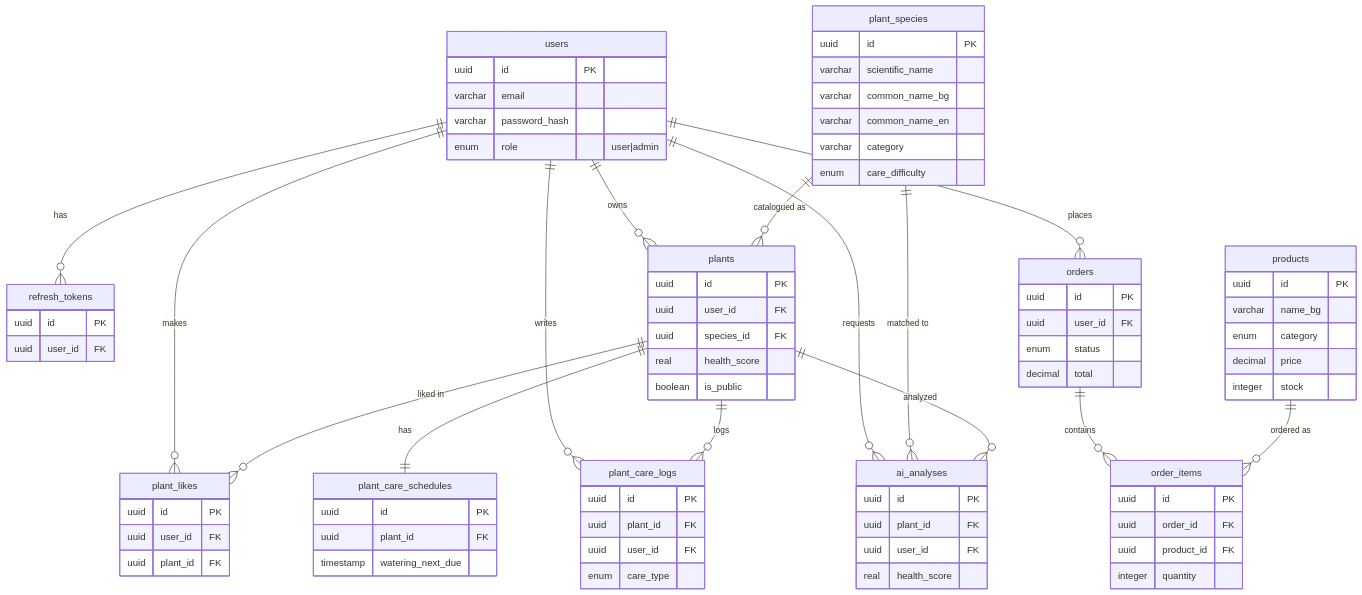
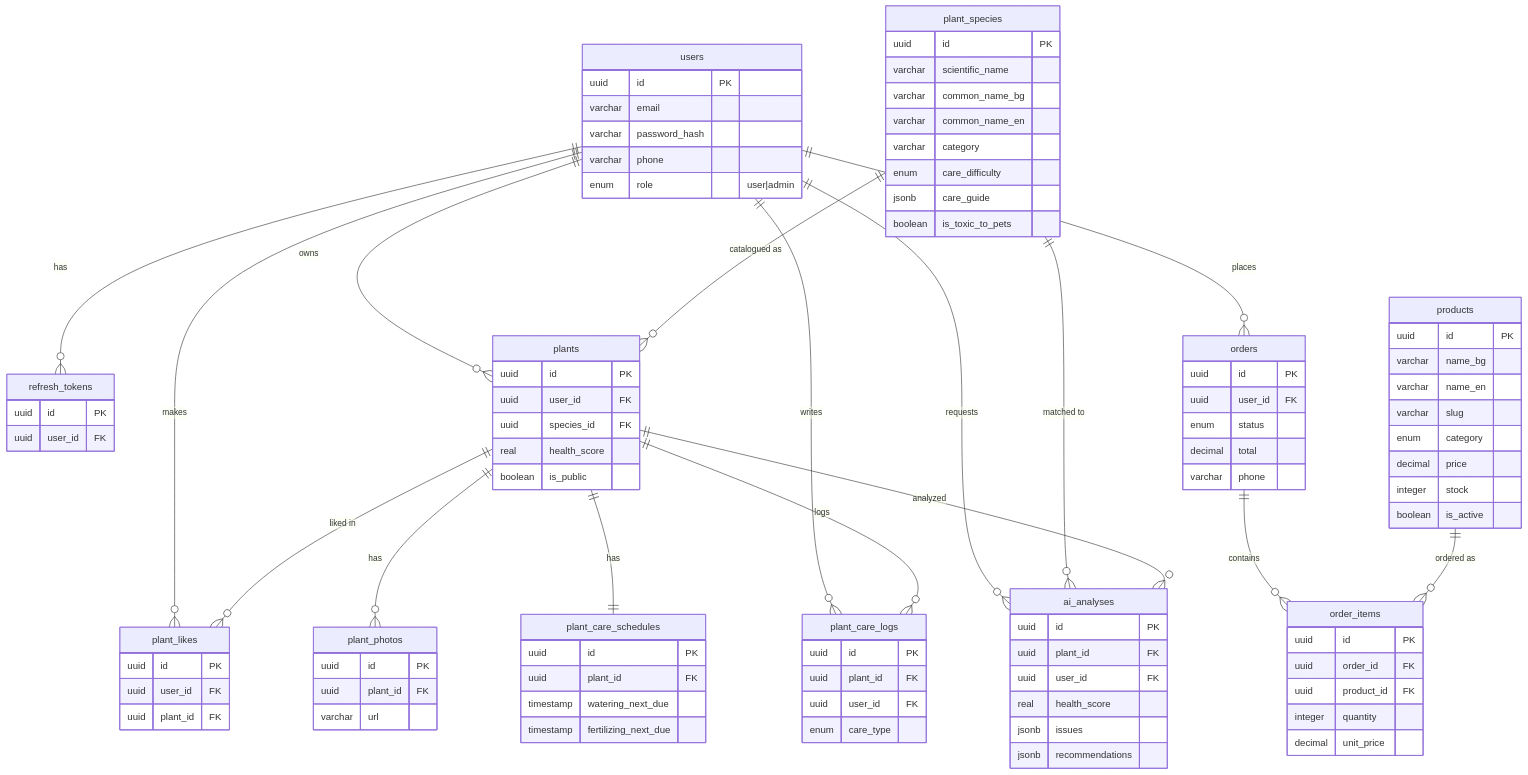
One commit to JoyIsInMotion/scarlet-plant-shop-health changed the diagram in README.md. Above: the diagram before and after it, drawn with Mermaid. The commit also changed other lines of this file and 12 other files, not shown here.

```diff
--- a/README.md
+++ b/README.md
@@ -123,6 +124,7 @@
     plant_species ||--o{ plants : "catalogued as"
     plant_species ||--o{ ai_analyses : "matched to"
     plants ||--o{ plant_likes : "liked in"
+    plants ||--o{ plant_photos : has
     plants ||--|| plant_care_schedules : has
     plants ||--o{ plant_care_logs : logs
     plants ||--o{ ai_analyses : analyzed
@@ -133,6 +135,7 @@
       uuid id PK
       varchar email
       varchar password_hash
+      varchar phone
       enum role "user|admin"
     }
     plant_species {
@@ -142,6 +145,8 @@
       varchar common_name_en
       varchar category
       enum care_difficulty
+      jsonb care_guide
+      boolean is_toxic_to_pets
     }
     plants {
       uuid id PK
@@ -155,10 +160,16 @@
       uuid user_id FK
       uuid plant_id FK
     }
+    plant_photos {
+      uuid id PK
+      uuid plant_id FK
+      varchar url
+    }
     plant_care_schedules {
       uuid id PK
       uuid plant_id FK
       timestamp watering_next_due
+      timestamp fertilizing_next_due
     }
     plant_care_logs {
       uuid id PK
@@ -171,25 +182,32 @@
       uuid plant_id FK
       uuid user_id FK
       real health_score
+      jsonb issues
+      jsonb recommendations
     }
     products {
       uuid id PK
       varchar name_bg
+      varchar name_en
+      varchar slug
       enum category
       decimal price
       integer stock
+      boolean is_active
     }
     orders {
       uuid id PK
       uuid user_id FK
       enum status
       decimal total
+      varchar phone
     }
     order_items {
       uuid id PK
       uuid order_id FK
       uuid product_id FK
       integer quantity
+      decimal unit_price
     }
     refresh_tokens {
       uuid id PK
```
